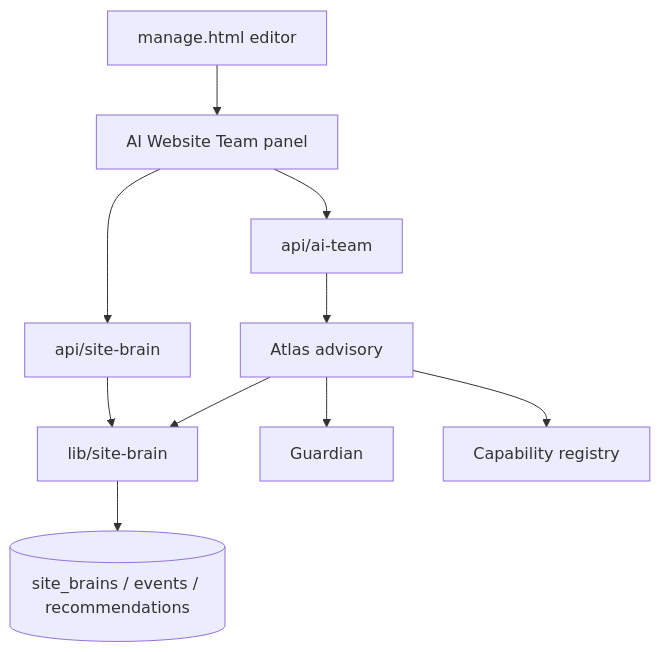
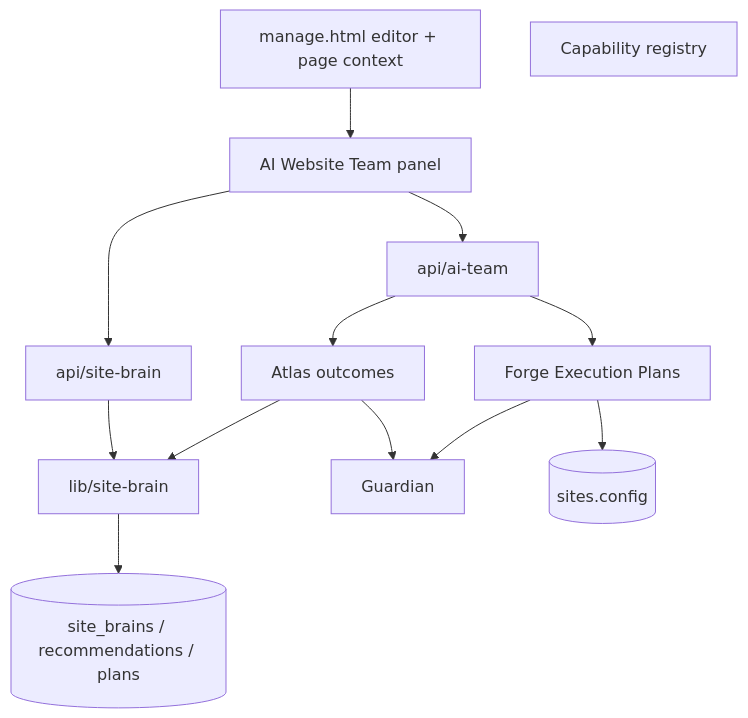
One commit to coffeeguy77/leadpages changed the diagram in docs/ai-team/ARCHITECTURE.md. Above: the diagram before and after it, drawn with Mermaid. The commit also changed other lines of this file and 21 other files, not shown here.

First line of the commit message:
feat(ai-team): lock Phase 2 on Execution Plans and Forge-only config

````diff
--- a/docs/ai-team/ARCHITECTURE.md
+++ b/docs/ai-team/ARCHITECTURE.md
@@ -3,22 +3,26 @@
 ```mermaid
 flowchart TD
-  Editor[manage.html editor]
+  Editor[manage.html editor + page context]
   Panel[AI Website Team panel]
   SiteBrainAPI[api/site-brain]
   AiTeamAPI[api/ai-team]
   SiteBrain[lib/site-brain]
-  Atlas[Atlas advisory]
+  Atlas[Atlas outcomes]
+  Forge[Forge Execution Plans]
   Guardian[Guardian]
   Caps[Capability registry]
-  DB[(site_brains / events / recommendations)]
+  Config[(sites.config)]
+  DB[(site_brains / recommendations / plans)]
 
   Editor --> Panel
   Panel --> SiteBrainAPI
   Panel --> AiTeamAPI
   SiteBrainAPI --> SiteBrain
   AiTeamAPI --> Atlas
+  AiTeamAPI --> Forge
   Atlas --> SiteBrain
   Atlas --> Guardian
-  Atlas --> Caps
+  Forge --> Guardian
+  Forge --> Config
   SiteBrain --> DB
 ```
````
